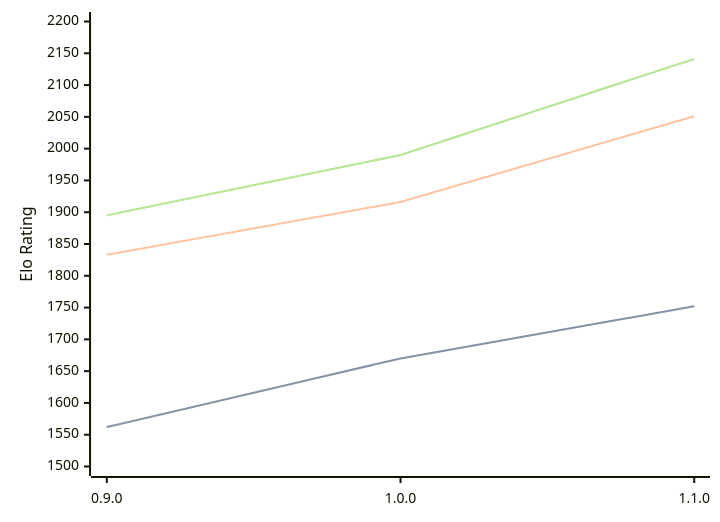
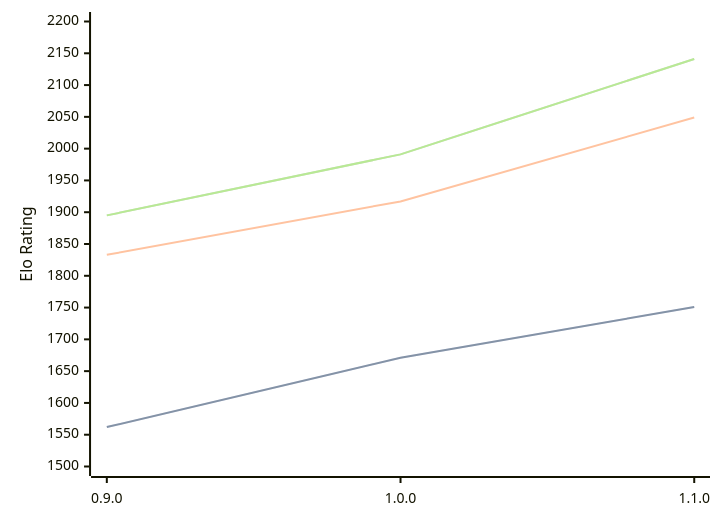
Before and after one commit to computer-chess-index/cci: the diagram in engines/Ratsu.md, drawn with Mermaid. The commit also changed other lines of this file, not shown here.

Commit message:
Update CCI Ratings (ELO VLTC) - 2026-05-06

````diff
--- a/engines/Ratsu.md
+++ b/engines/Ratsu.md
@@ -33,11 +33,11 @@
 ```mermaid
 %%{init: {"theme":"base","themeVariables":{"seriesColors:['#a3a3a3','#222221','#faa371']}}}%%
 xychart-beta
   x-axis ["0.9.0", "1.0.0", "1.1.0"]
   y-axis "Elo Rating" 1500 --> 2200
-  line "STC (8.0+0.08s)" [1562, 1670, 1752]
-  line "STC (8.0+0.08s)" [1562, 1670, 1752]
-  line "LTC (60.0+0.60s)" [1833, 1916, 2051]
-  line "VLTC (2m24s+1.12s)" [1895, 1990, 2141]
-  line "VLTC (2m24s+1.12s)" [1895, 1990, 2141]
+  line "STC (8.0+0.08s)" [1562, 1671, 1751]
+  line "STC (8.0+0.08s)" [1562, 1671, 1751]
+  line "LTC (60.0+0.60s)" [1833, 1917, 2049]
+  line "VLTC (2m24s+1.12s)" [1895, 1991, 2141]
+  line "VLTC (2m24s+1.12s)" [1895, 1991, 2141]
 ```
````
